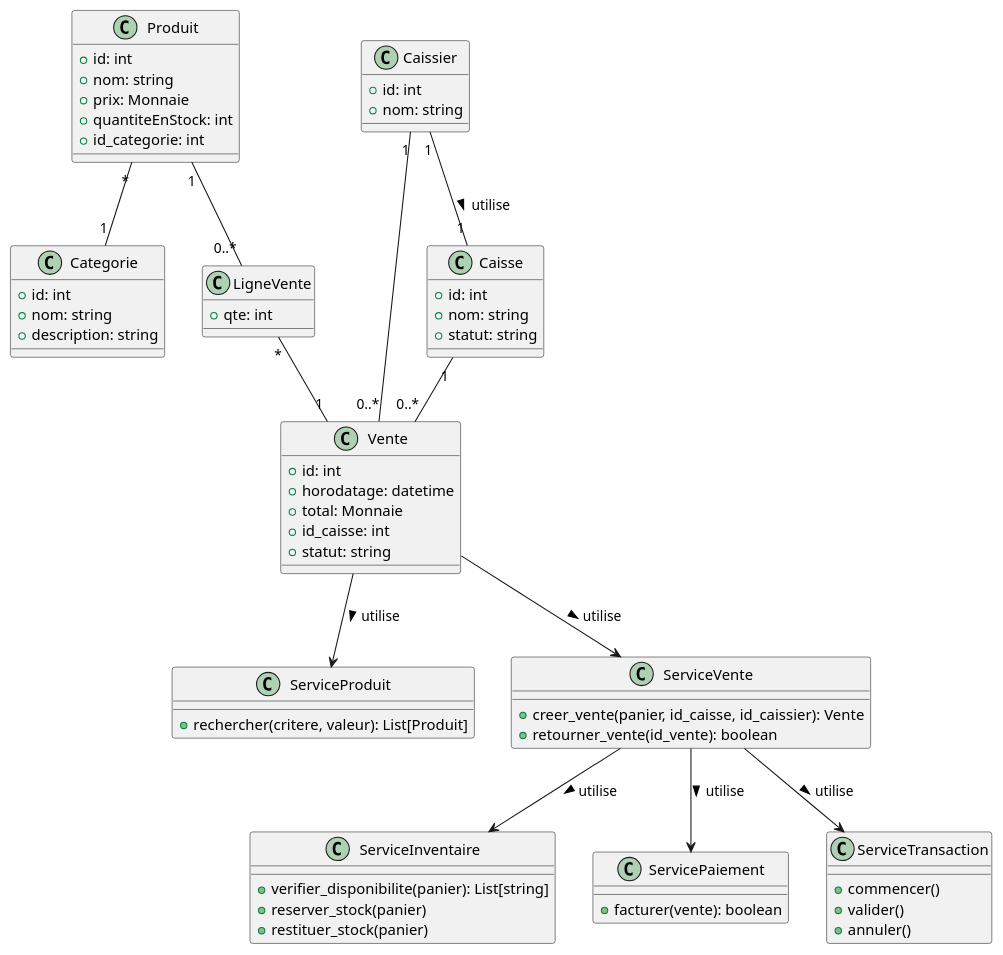
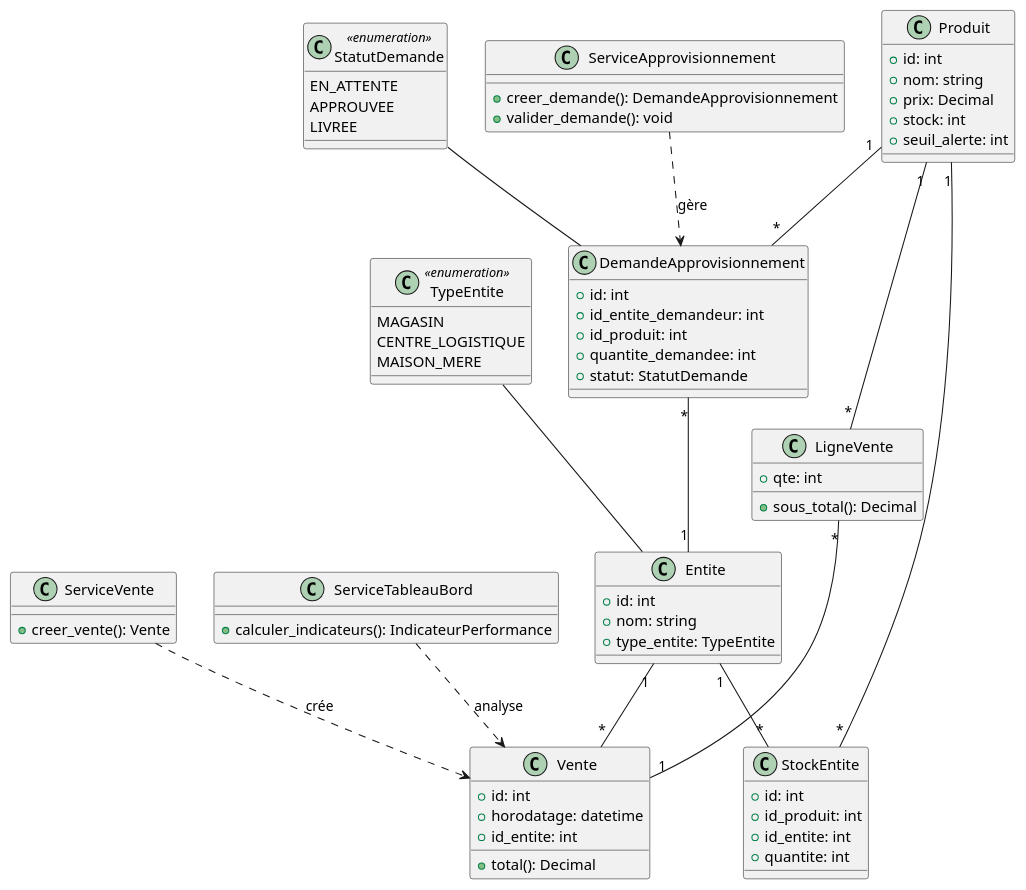
The diagram in docs/uml/classes.puml (MelvinSDRS/log430-lab7-bis), drawn with PlantUML before and after one commit. The commit also changed 47 other files, not shown here.

```diff
--- a/docs/uml/classes.puml
+++ b/docs/uml/classes.puml
@@ -1,65 +1,90 @@
 @startuml
+' Entités métier principales
 class Produit {
   +id: int
   +nom: string
-  +prix: Monnaie
-  +quantiteEnStock: int
-  +id_categorie: int
+  +prix: Decimal
+  +stock: int
+  +seuil_alerte: int
 }
-class Categorie {
-  +id: int
-  +nom: string
-  +description: string
-}
+
 class Vente {
   +id: int
   +horodatage: datetime
-  +total: Monnaie
-  +id_caisse: int
-  +statut: string
+  +id_entite: int
+  +total(): Decimal
 }
+
 class LigneVente {
   +qte: int
+  +sous_total(): Decimal
 }
-class Caissier {
+
+' Entités multi-magasins
+class Entite {
   +id: int
   +nom: string
-}
-class Caisse {
-  +id: int
-  +nom: string
-  +statut: string
-}
-class ServiceProduit {
-  +rechercher(critere, valeur): List[Produit]
-}
-class ServiceVente {
-  +creer_vente(panier, id_caisse, id_caissier): Vente
-  +retourner_vente(id_vente): boolean
-}
-class ServiceInventaire {
-  +verifier_disponibilite(panier): List[string]
-  +reserver_stock(panier)
-  +restituer_stock(panier)
-}
-class ServicePaiement {
-  +facturer(vente): boolean
-}
-class ServiceTransaction {
-  +commencer()
-  +valider()
-  +annuler()
+  +type_entite: TypeEntite
 }
 
-Produit "*" -- "1" Categorie
-Produit "1" -- "0..*" LigneVente
+class TypeEntite <<enumeration>> {
+  MAGASIN
+  CENTRE_LOGISTIQUE
+  MAISON_MERE
+}
+
+class StockEntite {
+  +id: int
+  +id_produit: int
+  +id_entite: int
+  +quantite: int
+}
+
+class DemandeApprovisionnement {
+  +id: int
+  +id_entite_demandeur: int
+  +id_produit: int
+  +quantite_demandee: int
+  +statut: StatutDemande
+}
+
+class StatutDemande <<enumeration>> {
+  EN_ATTENTE
+  APPROUVEE
+  LIVREE
+}
+
+' Services essentiels
+class ServiceVente {
+  +creer_vente(): Vente
+}
+
+class ServiceApprovisionnement {
+  +creer_demande(): DemandeApprovisionnement
+  +valider_demande(): void
+}
+
+class ServiceTableauBord {
+  +calculer_indicateurs(): IndicateurPerformance
+}
+
+' Relations principales
+Produit "1" -- "*" StockEntite
+Produit "1" -- "*" LigneVente
+Produit "1" -- "*" DemandeApprovisionnement
+
+Entite "1" -- "*" StockEntite
+Entite "1" -- "*" Vente
+
 LigneVente "*" -- "1" Vente
-Caissier "1" -- "0..*" Vente
-Caisse "1" -- "0..*" Vente
-Caissier "1" -- "1" Caisse : utilise >
-ServiceVente --> ServiceInventaire : utilise >
-ServiceVente --> ServicePaiement : utilise >
-ServiceVente --> ServiceTransaction : utilise >
-Vente --> ServiceVente : utilise >
-Vente --> ServiceProduit : utilise >
+DemandeApprovisionnement "*" -- "1" Entite
+
+TypeEntite -- Entite
+StatutDemande -- DemandeApprovisionnement
+
+' Relations services
+ServiceVente ..> Vente : crée
+ServiceApprovisionnement ..> DemandeApprovisionnement : gère
+ServiceTableauBord ..> Vente : analyse
+
 @enduml
```
